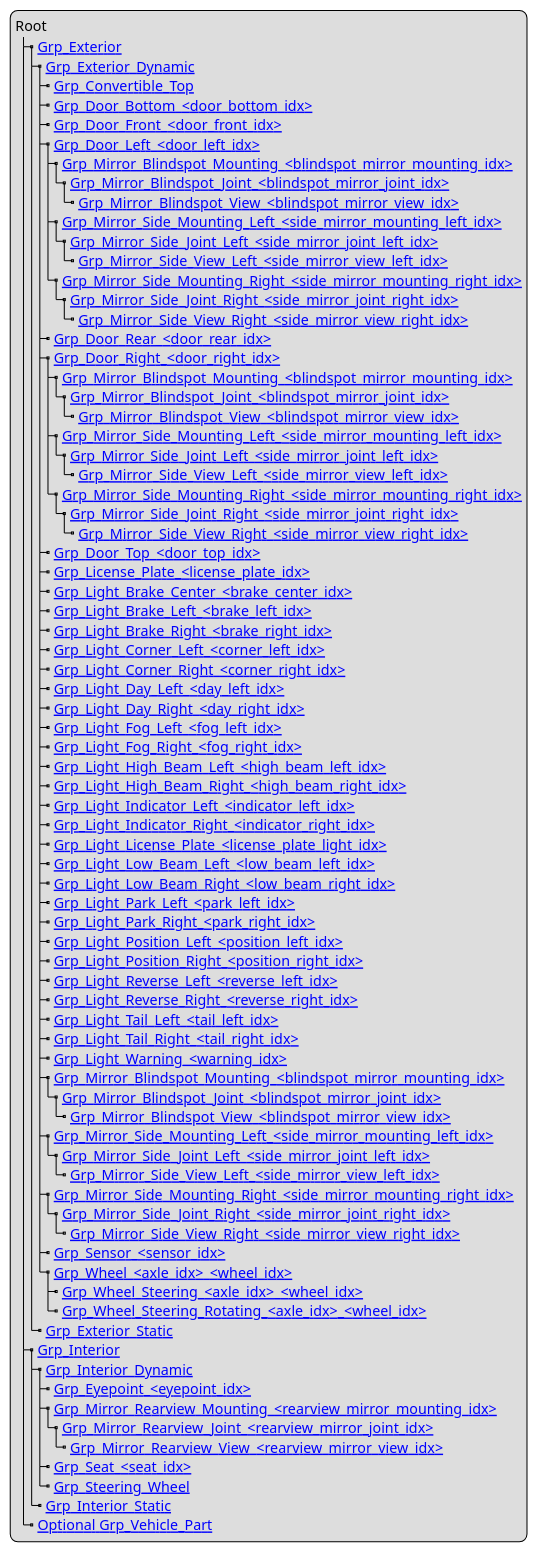
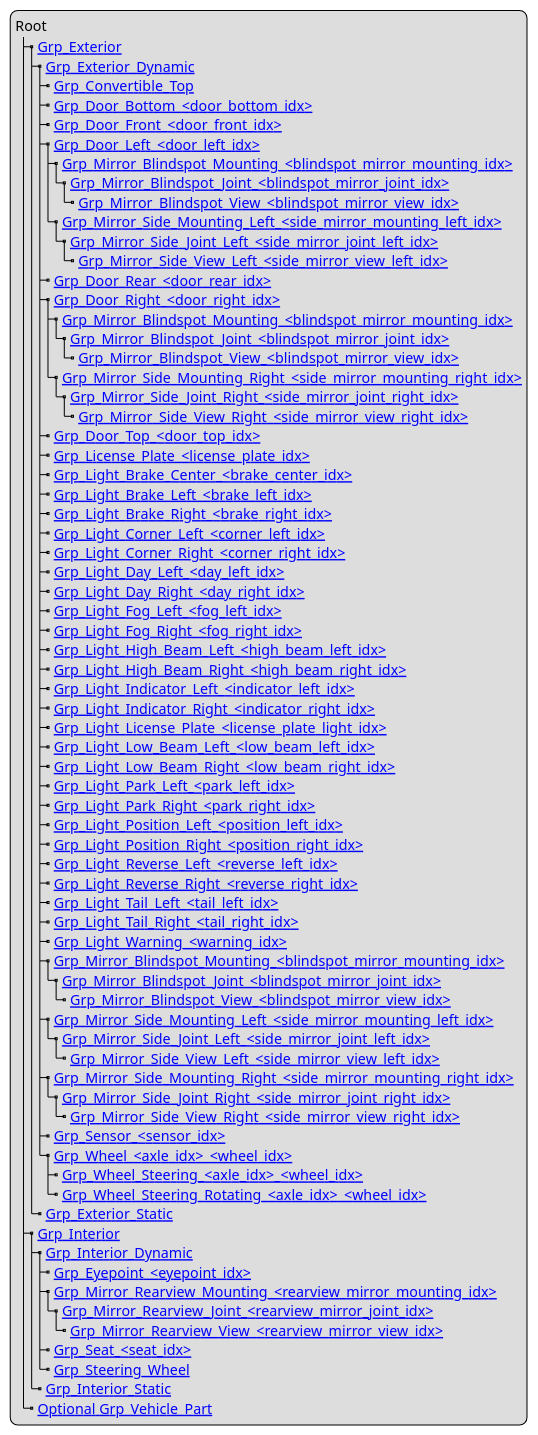
One commit to asam-ev/OpenMATERIAL changed the diagram in content/geometry/object-vehicle/vehicle-structure.adoc. Above: the diagram before and after it, drawn with PlantUML. The commit also changed other lines of this file, not shown here.

Commit message:
Fix blindspot joint headline, remove wrong side mirrors from doors

```diff
--- a/content/geometry/object-vehicle/vehicle-structure.adoc
+++ b/content/geometry/object-vehicle/vehicle-structure.adoc
@@ -9,83 +9,77 @@
 [plantuml]
 ----
 legend
 Root
 |_ [[../geometry/object-classes.html#_grp_exterior Grp_Exterior]]
   |_ [[../geometry/object-classes.html#_grp_exterior_dynamic Grp_Exterior_Dynamic]]
     |_ [[../geometry/object-classes.html#_grp_convertible_top Grp_Convertible_Top]]
     |_ [[../geometry/object-classes.html#_grp_door_bottom_door_bottom_idx Grp_Door_Bottom_<door_bottom_idx>]]
     |_ [[../geometry/object-classes.html#_grp_door_front_door_front_idx Grp_Door_Front_<door_front_idx>]]
     |_ [[../geometry/object-classes.html#_grp_door_left_door_left_idx Grp_Door_Left_<door_left_idx>]]
       |_ [[../geometry/object-classes.html#_grp_mirror_blindspot_mounting_blindspot_mirror_mounting_idx Grp_Mirror_Blindspot_Mounting_<blindspot_mirror_mounting_idx>]]
         |_ [[../geometry/object-classes.html#_grp_mirror_blindspot_joint_blindspot_mirror_joint_idx Grp_Mirror_Blindspot_Joint_<blindspot_mirror_joint_idx>]]
           |_ [[../geometry/object-classes.html#_grp_mirror_blindspot_view_blindspot_mirror_view_idx Grp_Mirror_Blindspot_View_<blindspot_mirror_view_idx>]]
       |_ [[../geometry/object-classes.html#_grp_mirror_side_mounting_left_side_mirror_mounting_left_id Grp_Mirror_Side_Mounting_Left_<side_mirror_mounting_left_idx>]]
         |_ [[../geometry/object-classes.html#_grp_mirror_side_joint_left_side_mirror_joint_left_idx Grp_Mirror_Side_Joint_Left_<side_mirror_joint_left_idx> ]]
           |_ [[../geometry/object-classes.html#_grp_mirror_side_view_left_side_mirror_view_left_idx Grp_Mirror_Side_View_Left_<side_mirror_view_left_idx> ]]
-      |_ [[../geometry/object-classes.html#_grp_mirror_side_mounting_right_side_mirror_mounting_right_idx Grp_Mirror_Side_Mounting_Right_<side_mirror_mounting_right_idx>]]
-        |_ [[../geometry/object-classes.html#_grp_mirror_side_joint_right_side_mirror_joint_right_idx Grp_Mirror_Side_Joint_Right_<side_mirror_joint_right_idx> ]]
-          |_ [[../geometry/object-classes.html#_grp_mirror_side_view_right_side_mirror_view_right_idx Grp_Mirror_Side_View_Right_<side_mirror_view_right_idx> ]]
     |_ [[../geometry/object-classes.html#_grp_door_rear_door_rear_idx Grp_Door_Rear_<door_rear_idx>]]
     |_ [[../geometry/object-classes.html#_grp_door_right_door_right_idx Grp_Door_Right_<door_right_idx>]]
       |_ [[../geometry/object-classes.html#_grp_mirror_blindspot_mounting_blindspot_mirror_mounting_idx Grp_Mirror_Blindspot_Mounting_<blindspot_mirror_mounting_idx>]]
         |_ [[../geometry/object-classes.html#_grp_mirror_blindspot_joint_blindspot_mirror_joint_idx Grp_Mirror_Blindspot_Joint_<blindspot_mirror_joint_idx>]]
           |_ [[../geometry/object-classes.html#_grp_mirror_blindspot_view_blindspot_mirror_view_idx Grp_Mirror_Blindspot_View_<blindspot_mirror_view_idx>]]
-      |_ [[../geometry/object-classes.html#_grp_mirror_side_mounting_left_side_mirror_mounting_left_id Grp_Mirror_Side_Mounting_Left_<side_mirror_mounting_left_idx>]]
-        |_ [[../geometry/object-classes.html#_grp_mirror_side_joint_left_side_mirror_joint_left_idx Grp_Mirror_Side_Joint_Left_<side_mirror_joint_left_idx> ]]
-          |_ [[../geometry/object-classes.html#_grp_mirror_side_view_left_side_mirror_view_left_idx Grp_Mirror_Side_View_Left_<side_mirror_view_left_idx> ]]
       |_ [[../geometry/object-classes.html#_grp_mirror_side_mounting_right_side_mirror_mounting_right_idx Grp_Mirror_Side_Mounting_Right_<side_mirror_mounting_right_idx>]]
         |_ [[../geometry/object-classes.html#_grp_mirror_side_joint_right_side_mirror_joint_right_idx Grp_Mirror_Side_Joint_Right_<side_mirror_joint_right_idx> ]]
           |_ [[../geometry/object-classes.html#_grp_mirror_side_view_right_side_mirror_view_right_idx Grp_Mirror_Side_View_Right_<side_mirror_view_right_idx> ]]
     |_ [[../geometry/object-classes.html#_grp_door_top_door_top_idx Grp_Door_Top_<door_top_idx>]]
     |_ [[../geometry/object-classes.html#_grp_license_plate_license_plate_idx Grp_License_Plate_<license_plate_idx>]]
     |_ [[../geometry/object-classes.html#_grp_light_brake_center_brake_center_idx Grp_Light_Brake_Center_<brake_center_idx>]]
     |_ [[../geometry/object-classes.html#_grp_light_brake_left_brake_left_idx Grp_Light_Brake_Left_<brake_left_idx>]]
     |_ [[../geometry/object-classes.html#_grp_light_brake_right_brake_right_idx Grp_Light_Brake_Right_<brake_right_idx>]]
     |_ [[../geometry/object-classes.html#_grp_light_corner_left_corner_left_idx Grp_Light_Corner_Left_<corner_left_idx>]]
     |_ [[../geometry/object-classes.html#_grp_light_corner_right_corner_right_idx Grp_Light_Corner_Right_<corner_right_idx>]]
     |_ [[../geometry/object-classes.html#_grp_light_day_left_day_left_idx Grp_Light_Day_Left_<day_left_idx>]]
     |_ [[../geometry/object-classes.html#_grp_light_day_right_day_right_idx Grp_Light_Day_Right_<day_right_idx>]]
     |_ [[../geometry/object-classes.html#_grp_light_fog_left_fog_left_idx Grp_Light_Fog_Left_<fog_left_idx>]]
     |_ [[../geometry/object-classes.html#_grp_light_fog_right_fog_right_idx Grp_Light_Fog_Right_<fog_right_idx>]]
     |_ [[../geometry/object-classes.html#_grp_light_high_beam_left_high_beam_left_idx Grp_Light_High_Beam_Left_<high_beam_left_idx>]]
     |_ [[../geometry/object-classes.html#_grp_light_high_beam_right_high_beam_right_idx Grp_Light_High_Beam_Right_<high_beam_right_idx>]]
     |_ [[../geometry/object-classes.html#_grp_light_indicator_left_indicator_left_idx Grp_Light_Indicator_Left_<indicator_left_idx>]]
     |_ [[../geometry/object-classes.html#_grp_light_indicator_right_indicator_right_idx Grp_Light_Indicator_Right_<indicator_right_idx>]]
     |_ [[../geometry/object-classes.html#_grp_light_license_plate_license_plate_light_idx Grp_Light_License_Plate_<license_plate_light_idx>]]
     |_ [[../geometry/object-classes.html#_grp_light_low_beam_left_low_beam_left_idx Grp_Light_Low_Beam_Left_<low_beam_left_idx>]]
     |_ [[../geometry/object-classes.html#_grp_light_low_beam_right_low_beam_right_idx Grp_Light_Low_Beam_Right_<low_beam_right_idx>]]
     |_ [[../geometry/object-classes.html#_grp_light_park_left_park_left_idx Grp_Light_Park_Left_<park_left_idx>]]
     |_ [[../geometry/object-classes.html#_grp_light_park_right_park_right_idx Grp_Light_Park_Right_<park_right_idx> ]]
     |_ [[../geometry/object-classes.html#_grp_light_position_left_position_left_idx Grp_Light_Position_Left_<position_left_idx>]]
     |_ [[../geometry/object-classes.html#_grp_light_position_right_position_right_idx Grp_Light_Position_Right_<position_right_idx>]]
     |_ [[../geometry/object-classes.html#_grp_light_reverse_left_reverse_left_idx Grp_Light_Reverse_Left_<reverse_left_idx>]]
     |_ [[../geometry/object-classes.html#_grp_light_reverse_right_reverse_right_idx Grp_Light_Reverse_Right_<reverse_right_idx>]]
     |_ [[../geometry/object-classes.html#_grp_light_tail_left_tail_left_idx Grp_Light_Tail_Left_<tail_left_idx>]]
     |_ [[../geometry/object-classes.html#_grp_light_tail_right_tail_right_idx Grp_Light_Tail_Right_<tail_right_idx>]]
     |_ [[../geometry/object-classes.html#_grp_light_warning_warning_idx Grp_Light_Warning_<warning_idx>]]
     |_ [[../geometry/object-classes.html#_grp_mirror_blindspot_mounting_blindspot_mirror_mounting_idx Grp_Mirror_Blindspot_Mounting_<blindspot_mirror_mounting_idx>]]
       |_ [[../geometry/object-classes.html#_grp_mirror_blindspot_joint_blindspot_mirror_joint_idx Grp_Mirror_Blindspot_Joint_<blindspot_mirror_joint_idx>]]
         |_ [[../geometry/object-classes.html#_grp_mirror_blindspot_view_blindspot_mirror_view_idx Grp_Mirror_Blindspot_View_<blindspot_mirror_view_idx>]]
     |_ [[../geometry/object-classes.html#_grp_mirror_side_mounting_left_side_mirror_mounting_left_id Grp_Mirror_Side_Mounting_Left_<side_mirror_mounting_left_idx>]]
       |_ [[../geometry/object-classes.html#_grp_mirror_side_joint_left_side_mirror_joint_left_idx Grp_Mirror_Side_Joint_Left_<side_mirror_joint_left_idx> ]]
         |_ [[../geometry/object-classes.html#_grp_mirror_side_view_left_side_mirror_view_left_idx Grp_Mirror_Side_View_Left_<side_mirror_view_left_idx> ]]
     |_ [[../geometry/object-classes.html#_grp_mirror_side_mounting_right_side_mirror_mounting_right_idx Grp_Mirror_Side_Mounting_Right_<side_mirror_mounting_right_idx>]]
       |_ [[../geometry/object-classes.html#_grp_mirror_side_joint_right_side_mirror_joint_right_idx Grp_Mirror_Side_Joint_Right_<side_mirror_joint_right_idx> ]]
         |_ [[../geometry/object-classes.html#_grp_mirror_side_view_right_side_mirror_view_right_idx Grp_Mirror_Side_View_Right_<side_mirror_view_right_idx> ]]
     |_ [[../geometry/object-classes.html#_grp_sensor_sensor_idx Grp_Sensor_<sensor_idx>]]
     |_ [[../geometry/object-classes.html#_grp_wheel_axle_idx_wheel_idx Grp_Wheel_<axle_idx>_<wheel_idx>]]
       |_ [[../geometry/object-classes.html#_grp_wheel_steering_axle_idx_wheel_idx Grp_Wheel_Steering_<axle_idx>_<wheel_idx>]]
       |_ [[../geometry/object-classes.html#_grp_wheel_steering_rotating_axle_idx_wheel_idx Grp_Wheel_Steering_Rotating_<axle_idx>_<wheel_idx>]]
   |_ [[../geometry/object-classes.html#_grp_exterior_static Grp_Exterior_Static]]
 |_ [[../geometry/object-classes.html#_grp_interior Grp_Interior]]
   |_ [[../geometry/object-classes.html#_grp_interior_dynamic Grp_Interior_Dynamic]]
     |_ [[../geometry/object-classes.html#_grp_eyepoint_eyepoint_idx Grp_Eyepoint_<eyepoint_idx>]]
     |_ [[../geometry/object-classes.html#_grp_mirror_rearview_mounting_rearview_mirror_mounting_idx Grp_Mirror_Rearview_Mounting_<rearview_mirror_mounting_idx>]]
       |_ [[../geometry/object-classes.html#_grp_mirror_rearview_joint_rearview_mirror_joint_idx Grp_Mirror_Rearview_Joint_<rearview_mirror_joint_idx>]]
         |_ [[../geometry/object-classes.html#_grp_mirror_rearview_view_rearview_mirror_view_idx Grp_Mirror_Rearview_View_<rearview_mirror_view_idx>]]
     |_ [[../geometry/object-classes.html#_grp_seat_seat_idx Grp_Seat_<seat_idx>]]
     |_ [[../geometry/object-classes.html#_grp_steering_wheel Grp_Steering_Wheel]]
   |_ [[../geometry/object-classes.html#_grp_interior_static Grp_Interior_Static]]
 |_ [[../geometry/object-classes.html#_grp_vehicle_part Optional Grp_Vehicle_Part]]
 end legend
 ----
```
